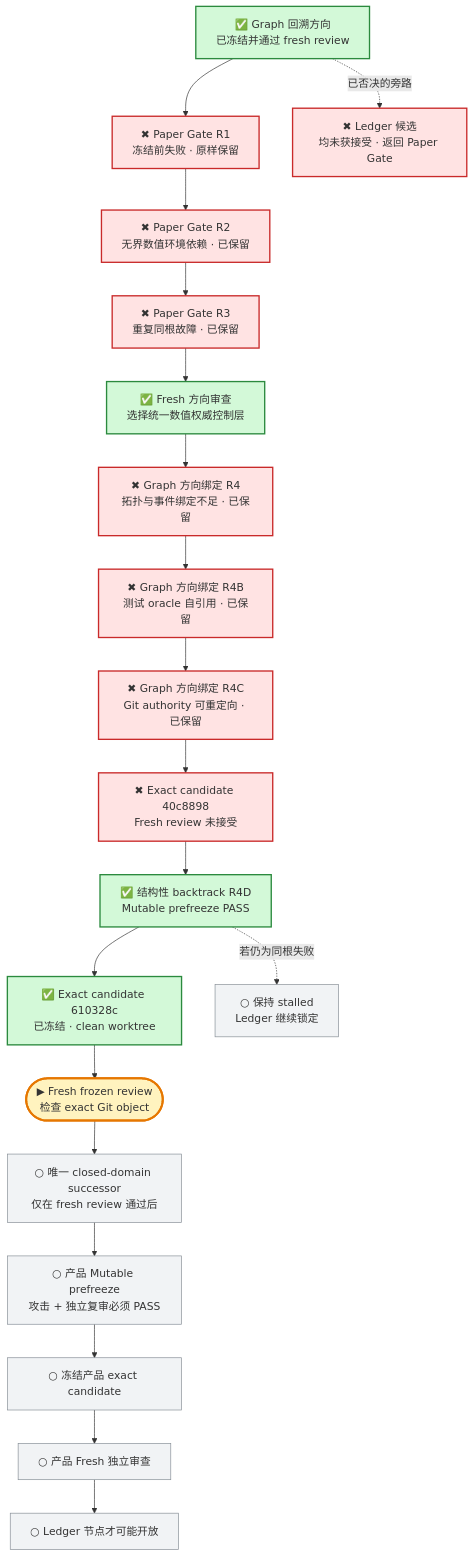
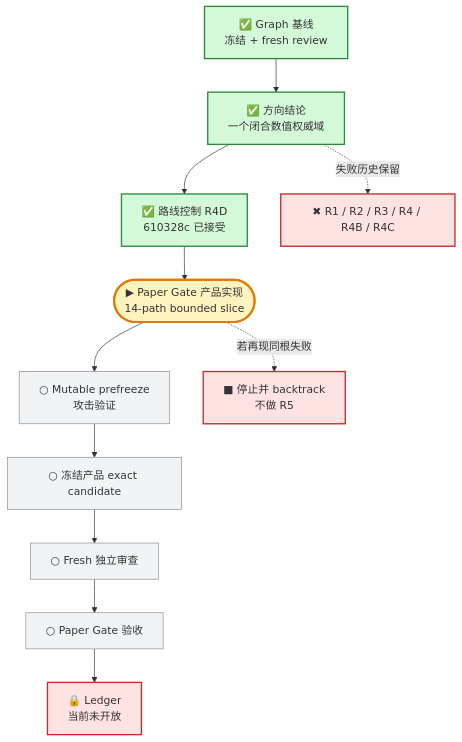
The first of 2 diagrams in MyBrain/automation/reports/investment-discipline-system/CURRENT_PROGRESS.md (j-a-v-e-n/knowledge-vault), drawn with Mermaid before and after one commit. The commit also changed other lines of this file, not shown here.

Commit message:
vault backup: 2026-07-30 07:28:50

````diff
--- a/MyBrain/automation/reports/investment-discipline-system/CURRENT_PROGRESS.md
+++ b/MyBrain/automation/reports/investment-discipline-system/CURRENT_PROGRESS.md
@@ -7,31 +7,23 @@
 ```mermaid
 flowchart TB
-    G["✅ Graph 回溯方向<br/>已冻结并通过 fresh review"] --> R1["✖ Paper Gate R1<br/>冻结前失败 · 原样保留"]
-    R1 --> R2["✖ Paper Gate R2<br/>无界数值环境依赖 · 已保留"]
-    R2 --> R3["✖ Paper Gate R3<br/>重复同根故障 · 已保留"]
-    R3 --> D["✅ Fresh 方向审查<br/>选择统一数值权威控制层"]
-    D --> Q["✖ Graph 方向绑定 R4<br/>拓扑与事件绑定不足 · 已保留"]
-    Q --> B["✖ Graph 方向绑定 R4B<br/>测试 oracle 自引用 · 已保留"]
-    B --> C["✖ Graph 方向绑定 R4C<br/>Git authority 可重定向 · 已保留"]
-    C --> F["✖ Exact candidate 40c8898<br/>Fresh review 未接受"]
-    F --> V["✅ 结构性 backtrack R4D<br/>Mutable prefreeze PASS"]
-    V --> E["✅ Exact candidate 610328c<br/>已冻结 · clean worktree"]
-    E --> Z(["▶ Fresh frozen review<br/>检查 exact Git object"])
-    Z --> S["○ 唯一 closed-domain successor<br/>仅在 fresh review 通过后"]
-    V -. "若仍为同根失败" .-> H["○ 保持 stalled<br/>Ledger 继续锁定"]
-    S --> P["○ 产品 Mutable prefreeze<br/>攻击 + 独立复审必须 PASS"]
+    G["✅ Graph 基线<br/>冻结 + fresh review"] --> D["✅ 方向结论<br/>一个闭合数值权威域"]
+    D --> R["✅ 路线控制 R4D<br/>610328c 已接受"]
+    R --> S(["▶ Paper Gate 产品实现<br/>14-path bounded slice"])
+    S --> P["○ Mutable prefreeze<br/>攻击验证"]
     P --> K["○ 冻结产品 exact candidate"]
-    K --> W["○ 产品 Fresh 独立审查"]
-    W --> L["○ Ledger 节点才可能开放"]
+    K --> W["○ Fresh 独立审查"]
+    W --> A["○ Paper Gate 验收"]
+    A --> L["🔒 Ledger<br/>当前未开放"]
 
-    G -. "已否决的旁路" .-> X["✖ Ledger 候选<br/>均未获接受 · 返回 Paper Gate"]
+    D -. "失败历史保留" .-> F["✖ R1 / R2 / R3 / R4 / R4B / R4C"]
+    S -. "若再现同根失败" .-> H["■ 停止并 backtrack<br/>不做 R5"]
 
     classDef done fill:#d3f9d8,stroke:#2b8a3e,stroke-width:2px;
     classDef current fill:#fff3bf,stroke:#e67700,stroke-width:3px;
     classDef failed fill:#ffe3e3,stroke:#c92a2a,stroke-width:2px;
     classDef pending fill:#f1f3f5,stroke:#868e96;
-    class G,D,V,E done;
-    class Z current;
-    class R1,R2,R3,Q,B,C,F,X failed;
-    class S,H,P,K,W,L pending;
+    class G,D,R done;
+    class S current;
+    class F,H,L failed;
+    class P,K,W,A pending;
 ```
````
